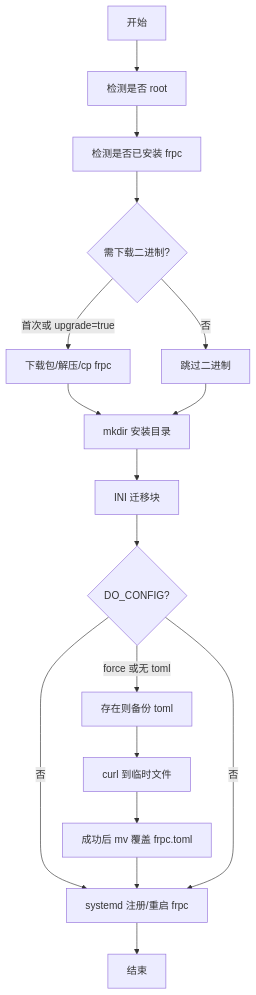
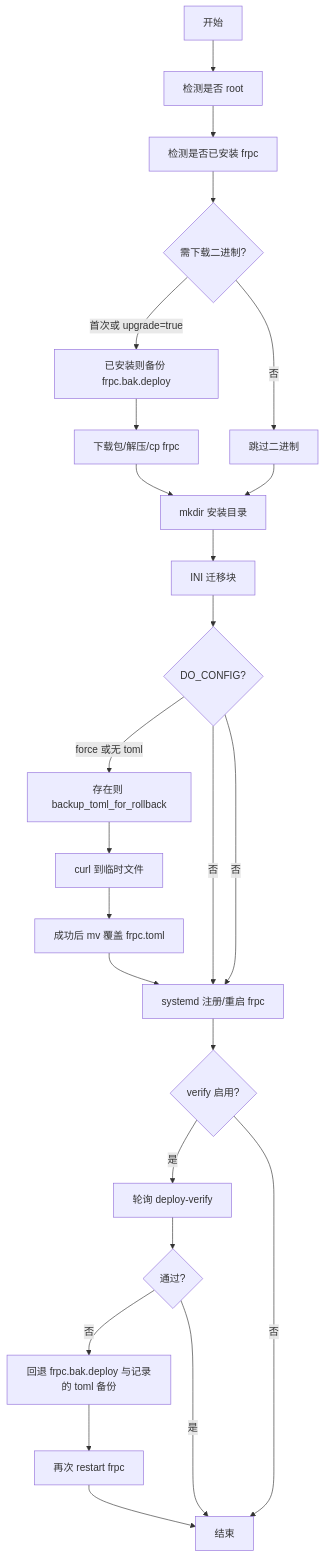
The diagram in docs/group-deploy-linux.md (numen06/frp-agent), drawn with Mermaid before and after one commit. The commit also changed other lines of this file and 7 other files, not shown here.

````diff
--- a/docs/group-deploy-linux.md
+++ b/docs/group-deploy-linux.md
@@ -27,19 +41,27 @@
 ```mermaid
 flowchart TD
   start[开始] --> root[检测是否 root]
   root --> installed[检测是否已安装 frpc]
   installed --> bin{需下载二进制?}
-  bin -->|首次或 upgrade=true| dlbin[下载包/解压/cp frpc]
+  bin -->|首次或 upgrade=true| bakbin[已安装则备份 frpc.bak.deploy]
+  bakbin --> dlbin[下载包/解压/cp frpc]
   bin -->|否| skipbin[跳过二进制]
   dlbin --> mkdir[mkdir 安装目录]
   skipbin --> mkdir
   mkdir --> ini[INI 迁移块]
   ini --> docfg{DO_CONFIG?}
-  docfg -->|force 或无 toml| backup_toml[存在则备份 toml]
+  docfg -->|force 或无 toml| backup_toml[存在则 backup_toml_for_rollback]
   docfg -->|否| systemd
   backup_toml --> curltmp[curl 到临时文件]
   curltmp --> mv[成功后 mv 覆盖 frpc.toml]
   mv --> systemd[systemd 注册/重启 frpc]
   docfg -->|否| systemd
-  systemd --> endNode[结束]
+  systemd --> verify{verify 启用?}
+  verify -->|是| poll[轮询 deploy-verify]
+  poll --> ok{通过?}
+  ok -->|否| rollback[回退 frpc.bak.deploy 与记录的 toml 备份]
+  rollback --> restart2[再次 restart frpc]
+  ok -->|是| endNode[结束]
+  verify -->|否| endNode
+  restart2 --> endNode
 ```
````
